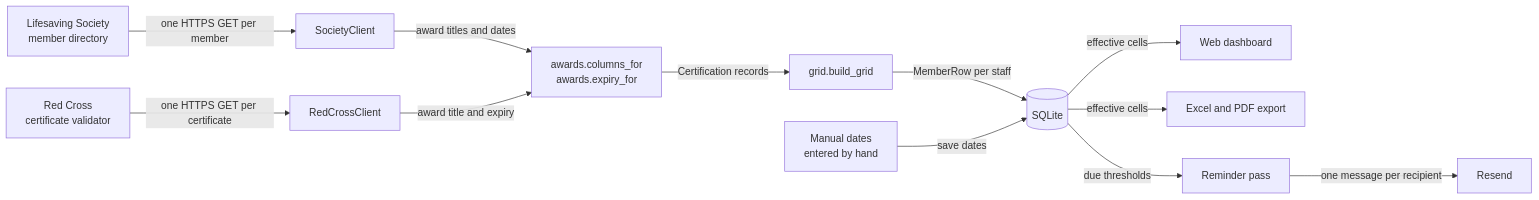
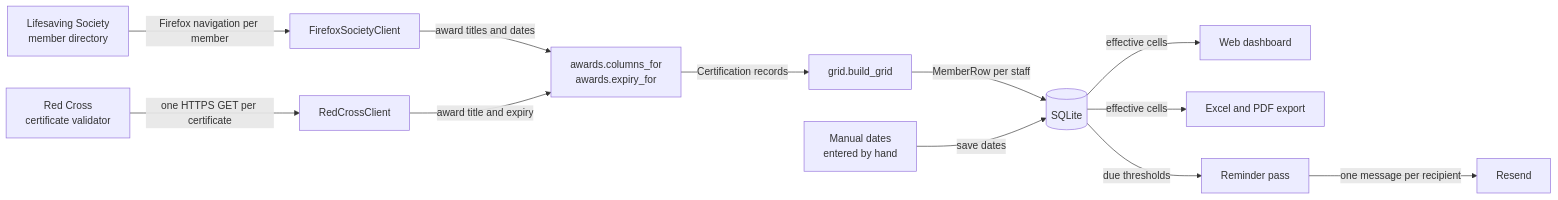
Before and after one commit to willtheorangeguy/ucac-certs: the first of 2 diagrams in docs/architecture.md, drawn with Mermaid. The commit also changed other lines of this file and 34 other files, not shown here.

````diff
--- a/docs/architecture.md
+++ b/docs/architecture.md
@@ -13,14 +13,14 @@
 ```mermaid
 graph LR
-  S[Lifesaving Society<br>member directory] -->|one HTTPS GET per member| C[SocietyClient]
+  S[Lifesaving Society<br>member directory] -->|Firefox navigation per member| C[FirefoxSocietyClient]
   X2[Red Cross<br>certificate validator] -->|one HTTPS GET per certificate| C2[RedCrossClient]
   C -->|award titles and dates| A[awards.columns_for<br>awards.expiry_for]
   C2 -->|award title and expiry| A
   A -->|Certification records| G[grid.build_grid]
   G -->|MemberRow per staff| D[(SQLite)]
   M[Manual dates<br>entered by hand] -->|save dates| D
   D -->|effective cells| W[Web dashboard]
   D -->|effective cells| X[Excel and PDF export]
   D -->|due thresholds| R[Reminder pass]
   R -->|one message per recipient| E[Resend]
 ```
````
